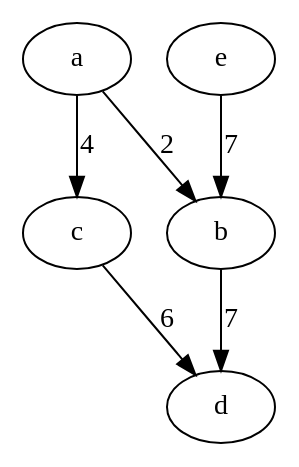
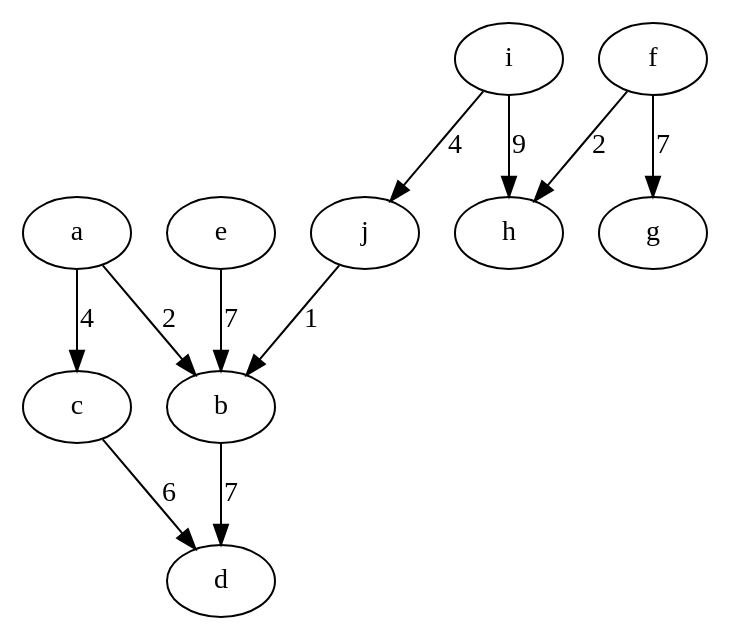
One commit to Jordanwmk/Paralex changed the diagram in src/test.dot. Above: the diagram before and after it, drawn with Graphviz. The commit also changed 1 other file, not shown here.

Commit message:
Merged Input and Graph classes together to allow intial testing to be carried out

```diff
--- a/src/test.dot
+++ b/src/test.dot
@@ -1,12 +1,22 @@
 digraph {
 b	[weight="5"];
 a	[weight="2"];
 c	[weight="6"];
 d	[weight="3"];
 e	[weight="3"];
+f	[weight="6"];
+g	[weight="6"];
+h	[weight="1"];
+i	[weight="4"];
+j	[weight="5"];
 a -> b[label="2",weight="2"];
 a -> c[label="4",weight="4"];
 c -> d[label="6",weight="6"];
 b -> d[label="7",weight="7"];
 e -> b[label="7",weight="7"];
+f -> g[label="7",weight="7"];
+f -> h[label="2",weight="2"];
+i -> j[label="4",weight="4"];
+i -> h[label="9",weight="9"];
+j -> b[label="1",weight="1"];
 }
```
